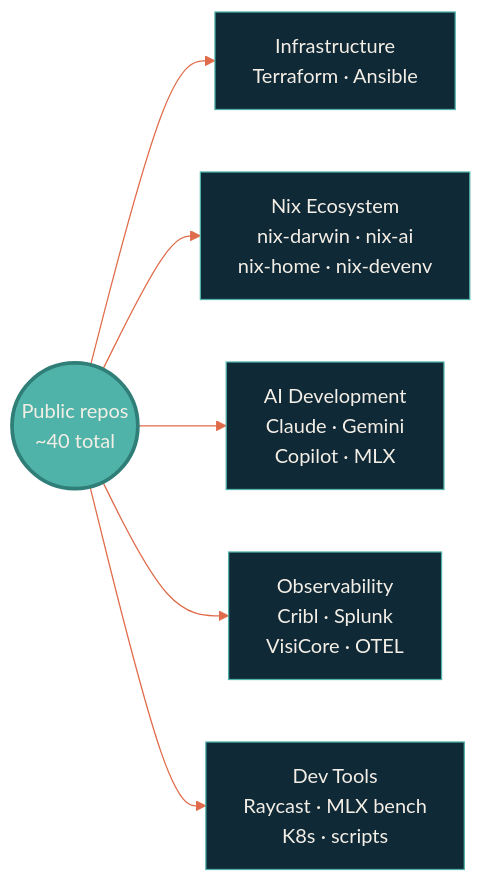
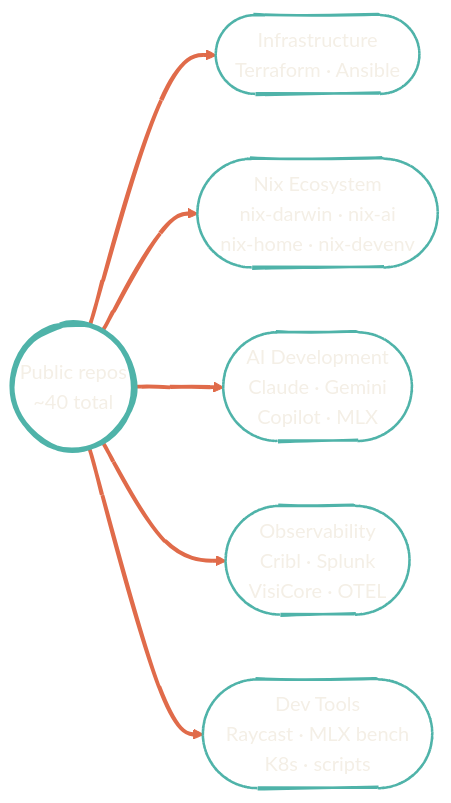
One commit to dryvist/docs changed the diagram in introduction.mdx. Above: the diagram before and after it, drawn with Mermaid. The commit also changed 10 other files, not shown here.

First line of the commit message:
fix(diagrams): hand-drawn look + transparent fills across all 10 diagrams

````diff
--- a/introduction.mdx
+++ b/introduction.mdx
@@ -12,23 +12,25 @@
 ```mermaid
-%%{init: {'theme':'base','themeVariables':{'primaryColor':'#4FB3A9','primaryTextColor':'#F4EFE6','primaryBorderColor':'#2F7E78','lineColor':'#E06B4A','secondaryColor':'#102937','tertiaryColor':'#0B1D2A','clusterBkg':'#102937','clusterBorder':'#2F7E78'}}}%%
+%%{init: {'theme':'base','look':'handDrawn','themeVariables':{'primaryColor':'#4FB3A9','primaryTextColor':'#F4EFE6','primaryBorderColor':'#2F7E78','lineColor':'#E06B4A','secondaryColor':'#102937','tertiaryColor':'#0B1D2A','clusterBkg':'transparent','clusterBorder':'#4FB3A9','fontFamily':'Geist','fontSize':'16px'}}}%%
 flowchart LR
   Hub(("Public repos<br/>~40 total"))
-  Inf["Infrastructure<br/>Terraform · Ansible"]
-  Nix["Nix Ecosystem<br/>nix-darwin · nix-ai<br/>nix-home · nix-devenv"]
-  AI["AI Development<br/>Claude · Gemini<br/>Copilot · MLX"]
-  Obs["Observability<br/>Cribl · Splunk<br/>VisiCore · OTEL"]
-  Tools["Dev Tools<br/>Raycast · MLX bench<br/>K8s · scripts"]
+  Inf(["Infrastructure<br/>Terraform · Ansible"])
+  Nix(["Nix Ecosystem<br/>nix-darwin · nix-ai<br/>nix-home · nix-devenv"])
+  AI(["AI Development<br/>Claude · Gemini<br/>Copilot · MLX"])
+  Obs(["Observability<br/>Cribl · Splunk<br/>VisiCore · OTEL"])
+  Tools(["Dev Tools<br/>Raycast · MLX bench<br/>K8s · scripts"])
 
   Hub --> Inf
   Hub --> Nix
   Hub --> AI
   Hub --> Obs
   Hub --> Tools
 
-  style Hub fill:#4FB3A9,stroke:#2F7E78,stroke-width:3px,color:#F4EFE6
-  style Inf fill:#102937,stroke:#4FB3A9,color:#F4EFE6
-  style Nix fill:#102937,stroke:#4FB3A9,color:#F4EFE6
-  style AI fill:#102937,stroke:#4FB3A9,color:#F4EFE6
-  style Obs fill:#102937,stroke:#4FB3A9,color:#F4EFE6
-  style Tools fill:#102937,stroke:#4FB3A9,color:#F4EFE6
+  style Hub fill:transparent,stroke:#4FB3A9,stroke-width:4px,color:#F4EFE6
+  style Inf fill:transparent,stroke:#4FB3A9,stroke-width:2px,color:#F4EFE6
+  style Nix fill:transparent,stroke:#4FB3A9,stroke-width:2px,color:#F4EFE6
+  style AI fill:transparent,stroke:#4FB3A9,stroke-width:2px,color:#F4EFE6
+  style Obs fill:transparent,stroke:#4FB3A9,stroke-width:2px,color:#F4EFE6
+  style Tools fill:transparent,stroke:#4FB3A9,stroke-width:2px,color:#F4EFE6
+
+  linkStyle default stroke:#E06B4A,stroke-width:3px
 ```
````
